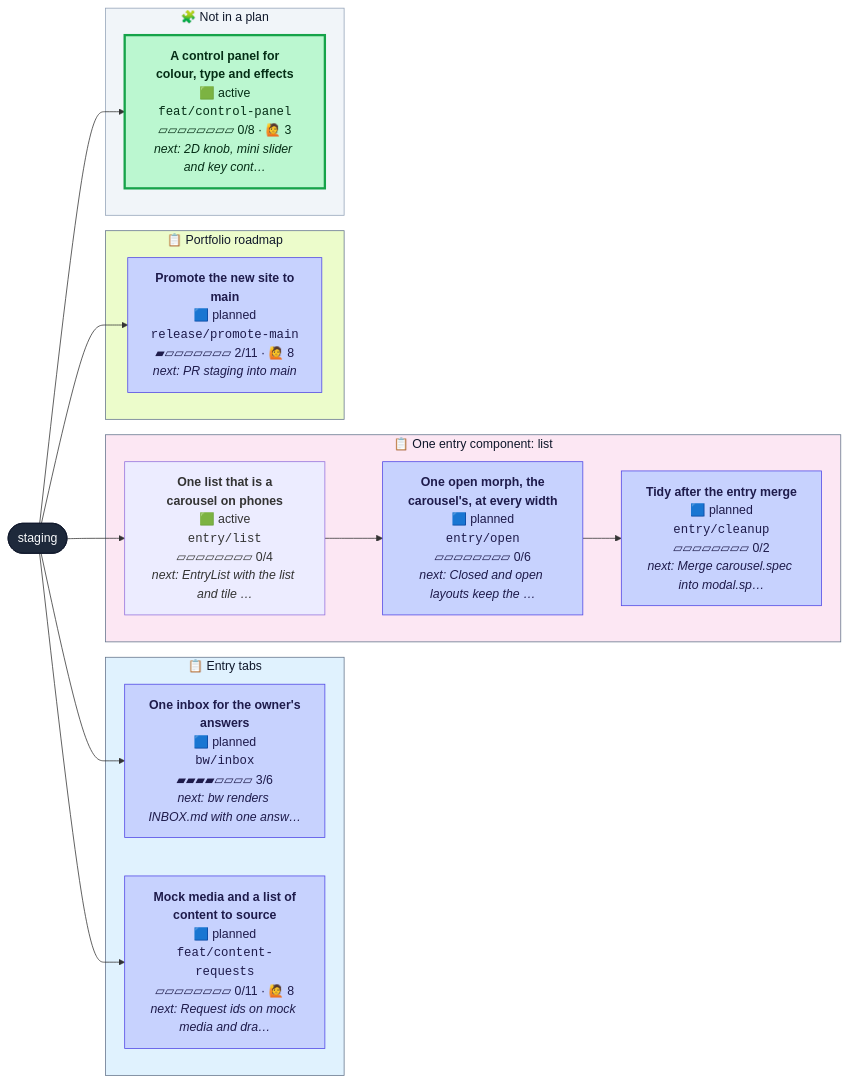
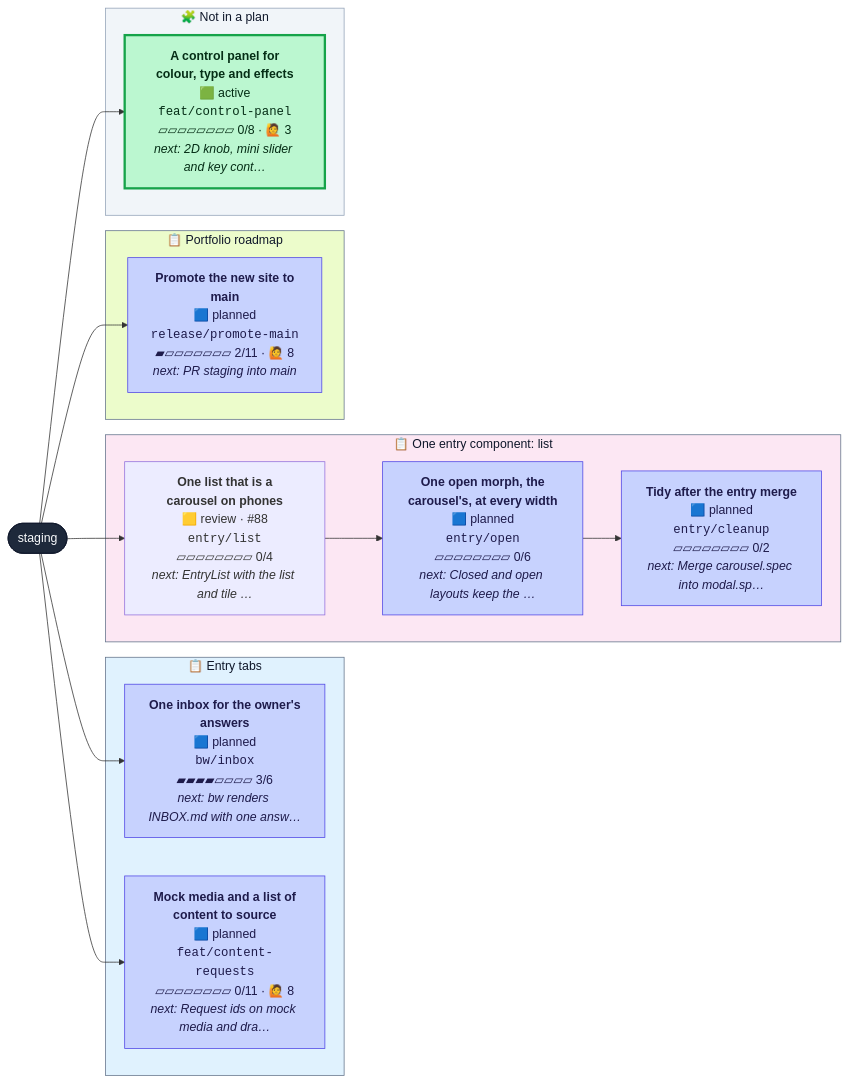
The diagram in CONTRIBUTING.md (henryjonescodes/portfolio), drawn with Mermaid before and after one commit. The commit also changed other lines of this file and 1 other file, not shown here.

````diff
--- a/CONTRIBUTING.md
+++ b/CONTRIBUTING.md
@@ -16,44 +16,44 @@
 ```mermaid
 flowchart LR
   n_staging([staging])
   class n_staging trunk
   subgraph plan_0["📋 Entry tabs"]
     n_bw_inbox["<b>One inbox for the owner's<br/>answers</b><br/>🟦 planned<br/><code>bw/inbox</code><br/>▰▰▰▰▱▱▱▱ 3/6<br/><i>next: bw renders INBOX.md with one answ…</i>"]
     class n_bw_inbox planned
     n_feat_content_requests["<b>Mock media and a list of<br/>content to source</b><br/>🟦 planned<br/><code>feat/content-requests</code><br/>▱▱▱▱▱▱▱▱ 0/11 · 🙋 8<br/><i>next: Request ids on mock media and dra…</i>"]
     class n_feat_content_requests planned
   end
   style plan_0 fill:#e0f2fe,stroke:#64748b,color:#0f172a
   subgraph plan_1["📋 One entry component: list"]
     n_entry_cleanup["<b>Tidy after the entry merge</b><br/>🟦 planned<br/><code>entry/cleanup</code><br/>▱▱▱▱▱▱▱▱ 0/2<br/><i>next: Merge carousel.spec into modal.sp…</i>"]
     class n_entry_cleanup planned
-    n_entry_list["<b>One list that is a<br/>carousel on phones</b><br/>🟩 active<br/><code>entry/list</code><br/>▱▱▱▱▱▱▱▱ 0/4<br/><i>next: EntryList with the list and tile …</i>"]
-    class n_entry_list active,current
+    n_entry_list["<b>One list that is a<br/>carousel on phones</b><br/>🟨 review · #88<br/><code>entry/list</code><br/>▱▱▱▱▱▱▱▱ 0/4<br/><i>next: EntryList with the list and tile …</i>"]
+    class n_entry_list review,current
     n_entry_open["<b>One open morph, the<br/>carousel's, at every width</b><br/>🟦 planned<br/><code>entry/open</code><br/>▱▱▱▱▱▱▱▱ 0/6<br/><i>next: Closed and open layouts keep the …</i>"]
     class n_entry_open planned
   end
   style plan_1 fill:#fce7f3,stroke:#64748b,color:#0f172a
   subgraph plan_2["📋 Portfolio roadmap"]
     n_release_promote_main["<b>Promote the new site to<br/>main</b><br/>🟦 planned<br/><code>release/promote-main</code><br/>▰▱▱▱▱▱▱▱ 2/11 · 🙋 8<br/><i>next: PR staging into main</i>"]
     class n_release_promote_main planned
   end
   style plan_2 fill:#ecfccb,stroke:#64748b,color:#0f172a
   subgraph loose["🧩 Not in a plan"]
     n_feat_control_panel["<b>A control panel for<br/>colour, type and effects</b><br/>🟩 active<br/><code>feat/control-panel</code><br/>▱▱▱▱▱▱▱▱ 0/8 · 🙋 3<br/><i>next: 2D knob, mini slider and key cont…</i>"]
     class n_feat_control_panel active
   end
   style loose fill:#f1f5f9,stroke:#94a3b8,color:#0f172a
   n_staging --> n_bw_inbox
   n_entry_open --> n_entry_cleanup
   n_staging --> n_entry_list
   n_entry_list --> n_entry_open
   n_staging --> n_feat_content_requests
   n_staging --> n_feat_control_panel
   n_staging --> n_release_promote_main
   classDef planned fill:#c7d2fe,stroke:#4f46e5,color:#1e1b4b
   classDef active fill:#bbf7d0,stroke:#16a34a,stroke-width:3px,color:#052e16
   classDef review fill:#fde68a,stroke:#d97706,stroke-width:3px,color:#451a03
   classDef blocked fill:#fecaca,stroke:#dc2626,stroke-width:3px,color:#450a0a
   classDef trunk fill:#1e293b,stroke:#0f172a,color:#f8fafc
   classDef current stroke:#0ea5e9,stroke-width:5px
 ```
````
